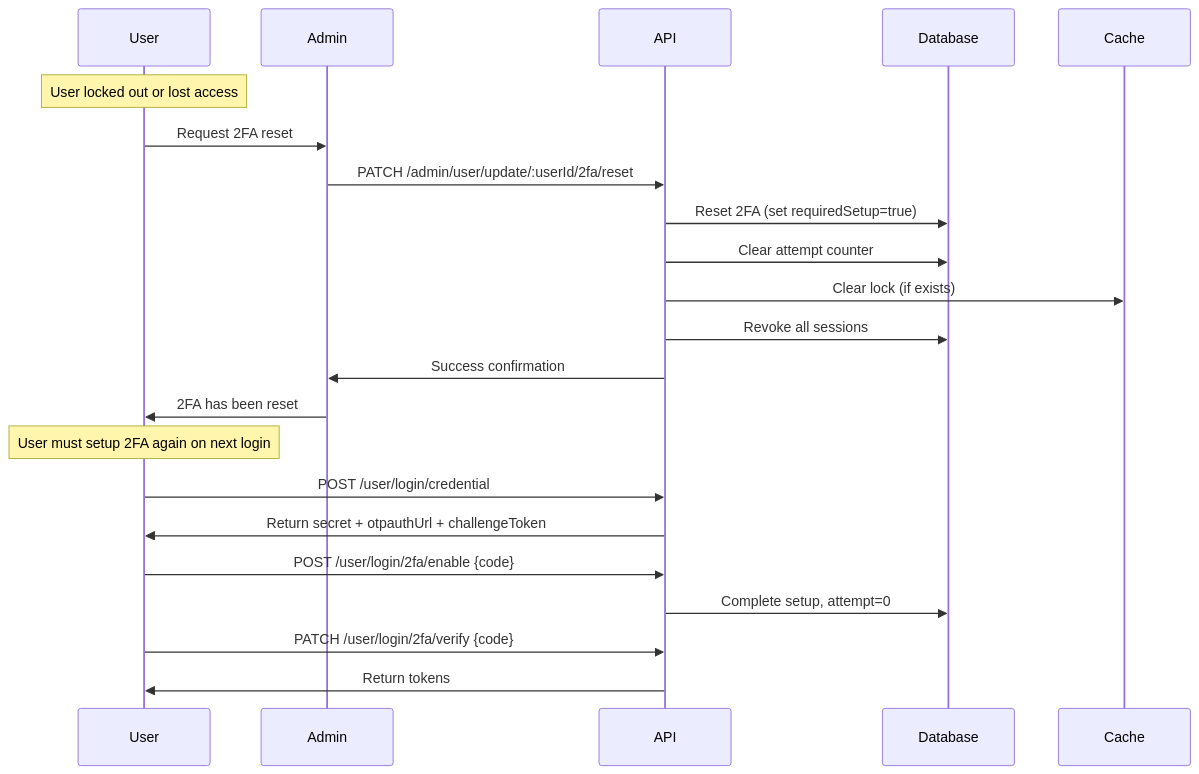
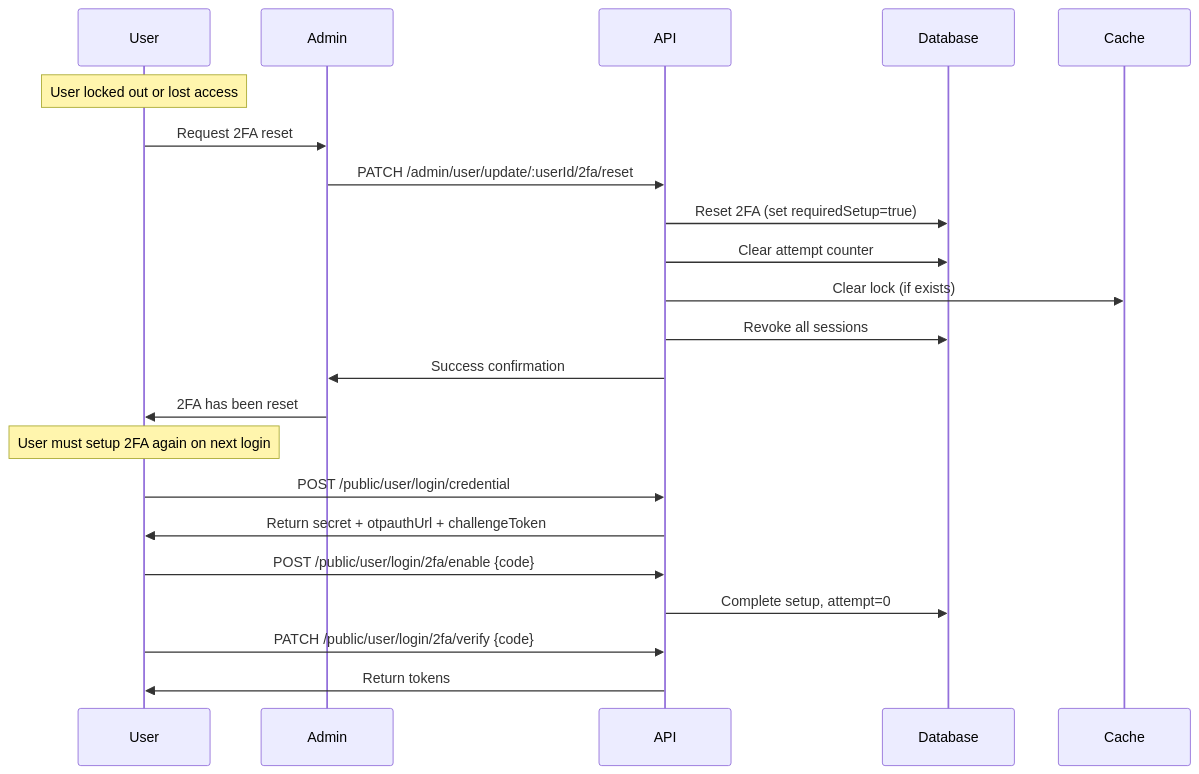
Before and after one commit to andrechristikan/ack-nestjs-boilerplate: the sixth of 9 diagrams in docs/two-factor.md, drawn with Mermaid. The commit also changed other lines of this file and 31 other files, not shown here.

````diff
--- a/docs/two-factor.md
+++ b/docs/two-factor.md
@@ -357,28 +357,28 @@
 ```mermaid
 sequenceDiagram
     participant User
     participant Admin
     participant API
     participant Database
     participant Cache
 
     Note over User: User locked out or lost access
     User->>Admin: Request 2FA reset
     
     Admin->>API: PATCH /admin/user/update/:userId/2fa/reset
     API->>Database: Reset 2FA (set requiredSetup=true)
     API->>Database: Clear attempt counter
     API->>Cache: Clear lock (if exists)
     API->>Database: Revoke all sessions
     API->>Admin: Success confirmation
     
     Admin->>User: 2FA has been reset
     
     Note over User: User must setup 2FA again on next login
-    User->>API: POST /user/login/credential
+    User->>API: POST /public/user/login/credential
     API->>User: Return secret + otpauthUrl + challengeToken
-    User->>API: POST /user/login/2fa/enable {code}
+    User->>API: POST /public/user/login/2fa/enable {code}
     API->>Database: Complete setup, attempt=0
-    User->>API: PATCH /user/login/2fa/verify {code}
+    User->>API: PATCH /public/user/login/2fa/verify {code}
     API->>User: Return tokens
 ```
````
